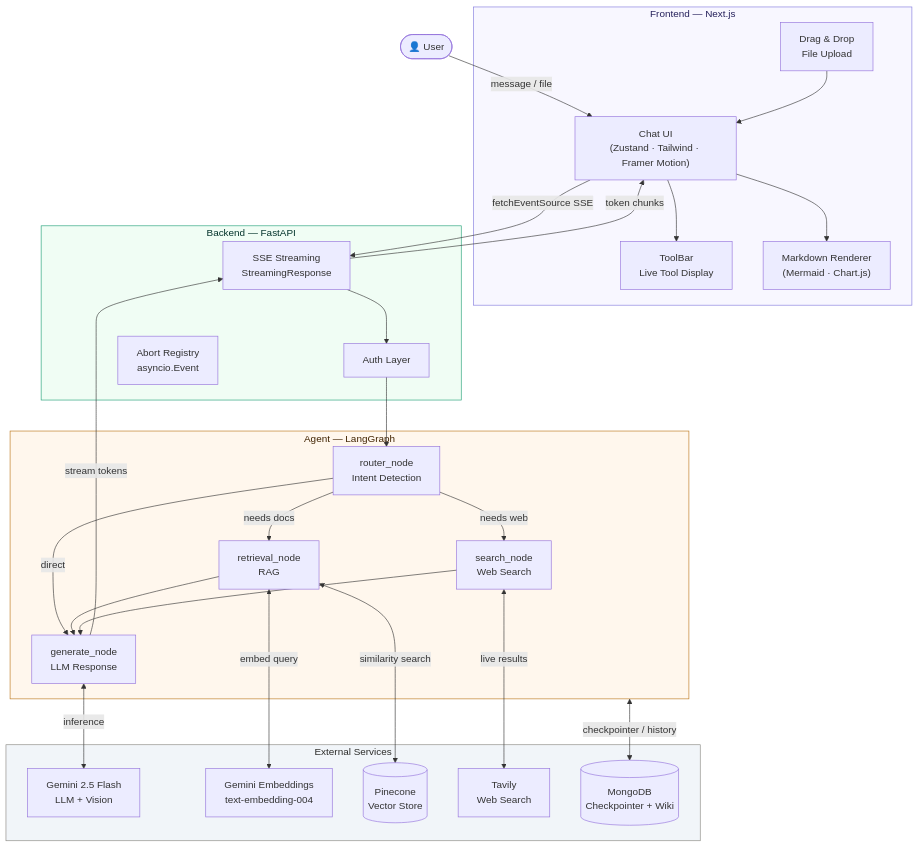
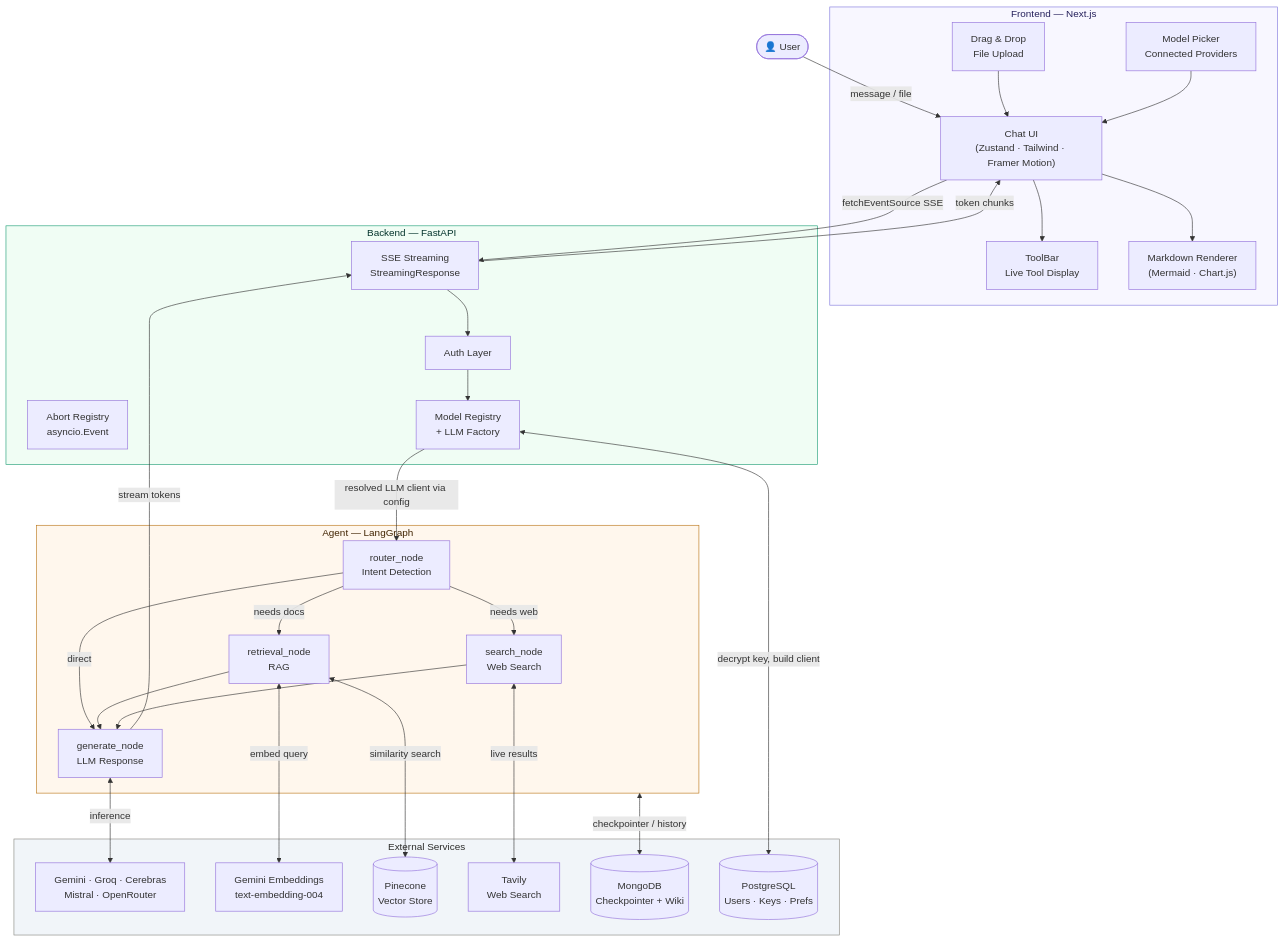
The first of 7 diagrams in README.md (Shivanshxsharma/ALFRED), drawn with Mermaid before and after one commit. The commit also changed other lines of this file, not shown here.

````diff
--- a/README.md
+++ b/README.md
@@ -56,58 +57,64 @@
 ```mermaid
 graph TD
     User(["👤 User"])
 
     subgraph Frontend ["Frontend — Next.js"]
         UI["Chat UI<br/>(Zustand · Tailwind · Framer Motion)"]
         DND["Drag & Drop<br/>File Upload"]
         TOOLBAR["ToolBar<br/>Live Tool Display"]
+        MODELPICKER["Model Picker<br/>Connected Providers"]
         MD["Markdown Renderer<br/>(Mermaid · Chart.js)"]
     end
 
     subgraph Backend ["Backend — FastAPI"]
         SSE["SSE Streaming<br/>StreamingResponse"]
         AUTH["Auth Layer"]
         ABORT["Abort Registry<br/>asyncio.Event"]
+        REGISTRY["Model Registry<br/>+ LLM Factory"]
     end
 
     subgraph Agent ["Agent — LangGraph"]
         ROUTER["router_node<br/>Intent Detection"]
         RETRIEVAL["retrieval_node<br/>RAG"]
         SEARCH["search_node<br/>Web Search"]
         GENERATE["generate_node<br/>LLM Response"]
     end
 
     subgraph External ["External Services"]
-        GEMINI["Gemini 2.5 Flash<br/>LLM + Vision"]
+        GEMINI["Gemini · Groq · Cerebras<br/>Mistral · OpenRouter"]
         EMBED["Gemini Embeddings<br/>text-embedding-004"]
         PINECONE[("Pinecone<br/>Vector Store")]
         TAVILY["Tavily<br/>Web Search"]
         MONGO[("MongoDB<br/>Checkpointer + Wiki")]
+        PG[("PostgreSQL<br/>Users · Keys · Prefs")]
     end
 
     User -->|"message / file"| UI
     DND --> UI
+    MODELPICKER --> UI
     UI -->|"fetchEventSource SSE"| SSE
     SSE --> AUTH
-    AUTH --> ROUTER
+    AUTH --> REGISTRY
+    REGISTRY -->|"resolved LLM client via config"| ROUTER
     ROUTER -->|"needs docs"| RETRIEVAL
     ROUTER -->|"needs web"| SEARCH
     ROUTER -->|"direct"| GENERATE
     RETRIEVAL --> GENERATE
     SEARCH --> GENERATE
     GENERATE -->|"stream tokens"| SSE
     SSE -->|"token chunks"| UI
     UI --> TOOLBAR
     UI --> MD
 
+    REGISTRY <-->|"decrypt key, build client"| PG
     RETRIEVAL <-->|"similarity search"| PINECONE
     RETRIEVAL <-->|"embed query"| EMBED
     SEARCH <-->|"live results"| TAVILY
     GENERATE <-->|"inference"| GEMINI
     Agent <-->|"checkpointer / history"| MONGO
 
     style Frontend fill:#f8f7ff,stroke:#7F77DD,color:#26215C
     style Backend fill:#f0fdf4,stroke:#1D9E75,color:#04342C
     style Agent fill:#fff7ed,stroke:#BA7517,color:#412402
     style External fill:#f1f5f9,stroke:#888780,color:#2C2C2A
 ```
````
